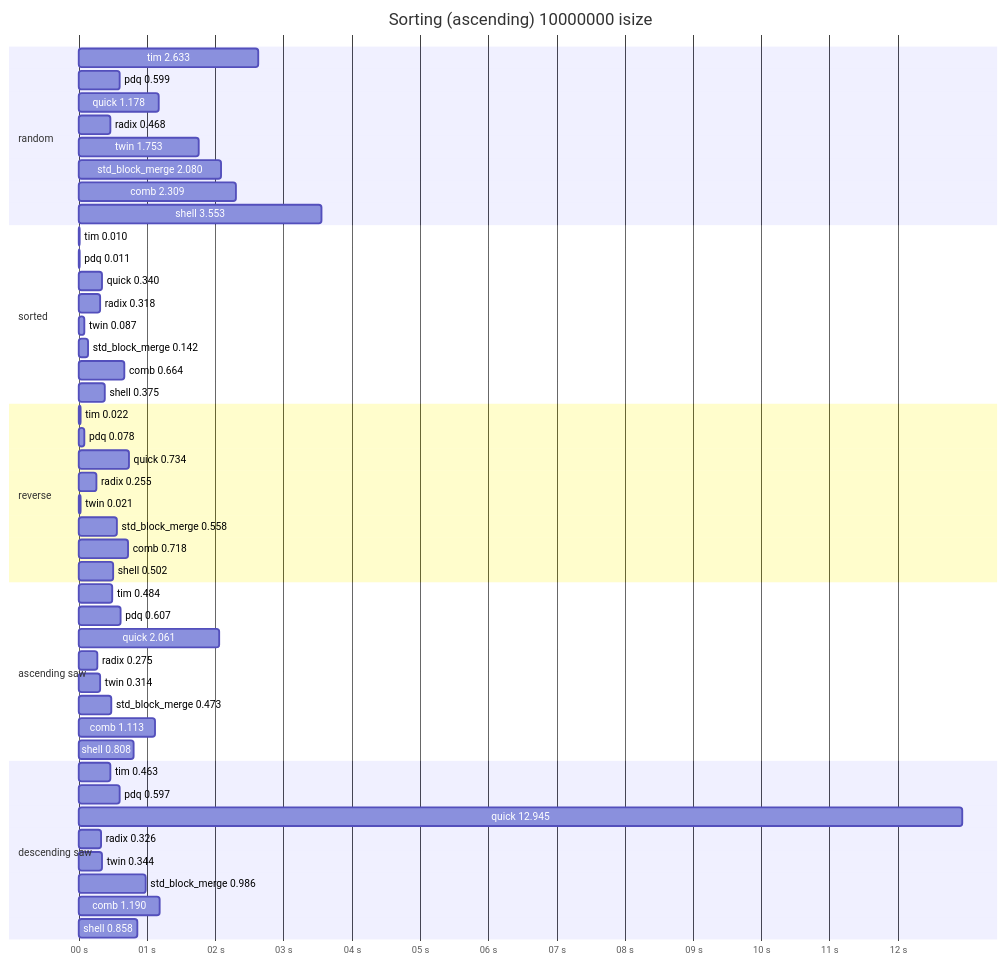
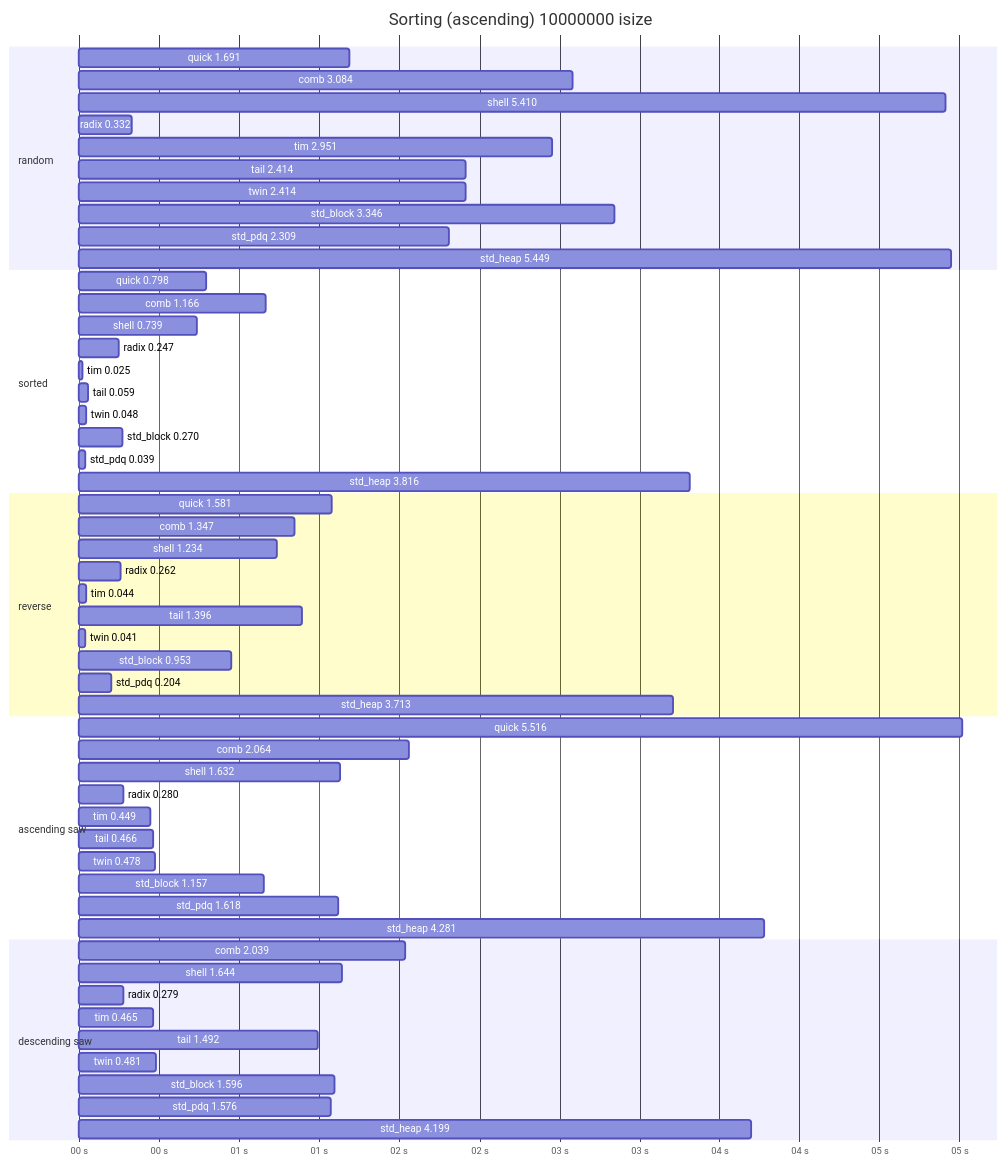
The second of 2 diagrams in README.md (alichraghi/zort), drawn with Mermaid before and after one commit. The commit also changed other lines of this file and 8 other files, not shown here.

Commit message:
drop pdq, heap and insertion in favor of stdlib impl

````diff
--- a/README.md
+++ b/README.md
@@ -99,51 +108,60 @@
 ```mermaid
 gantt
     title Sorting (ascending) 10000000 isize
     dateFormat x
     axisFormat %S s
     section random
-    tim 2.633: 0,2631
-    pdq 0.599: 0,599
-    quick 1.178: 0,1178
-    radix 0.468: 0,468
-    twin 1.753: 0,1753
-    std_block_merge 2.080: 0,2079
-    comb 2.309: 0,2309
-    shell 3.553: 0,3553
+    quick 1.691: 0,1691
+    comb 3.084: 0,3084
+    shell 5.410: 0,5413
+    radix 0.332: 0,332
+    tim 2.951: 0,2953
+    tail 2.414: 0,2414
+    twin 2.414: 0,2414
+    std_block 3.346: 0,3346
+    std_pdq 2.309: 0,2309
+    std_heap 5.449: 0,5447
     section sorted
-    tim 0.010: 0,10
-    pdq 0.011: 0,11
-    quick 0.340: 0,340
-    radix 0.318: 0,318
-    twin 0.087: 0,87
-    std_block_merge 0.142: 0,142
-    comb 0.664: 0,664
-    shell 0.375: 0,375
+    quick 0.798: 0,798
+    comb 1.166: 0,1166
+    shell 0.739: 0,739
+    radix 0.247: 0,247
+    tim 0.025: 0,25
+    tail 0.059: 0,59
+    twin 0.048: 0,48
+    std_block 0.270: 0,270
+    std_pdq 0.039: 0,39
+    std_heap 3.816: 0,3815
     section reverse
-    tim 0.022: 0,22
-    pdq 0.078: 0,78
-    quick 0.734: 0,734
-    radix 0.255: 0,255
-    twin 0.021: 0,21
-    std_block_merge 0.558: 0,558
-    comb 0.718: 0,718
-    shell 0.502: 0,502
+    quick 1.581: 0,1581
+    comb 1.347: 0,1347
+    shell 1.234: 0,1234
+    radix 0.262: 0,262
+    tim 0.044: 0,44
+    tail 1.396: 0,1396
+    twin 0.041: 0,41
+    std_block 0.953: 0,953
+    std_pdq 0.204: 0,204
+    std_heap 3.713: 0,3713
     section ascending saw
-    tim 0.484: 0,484
-    pdq 0.607: 0,607
-    quick 2.061: 0,2059
-    radix 0.275: 0,275
-    twin 0.314: 0,314
-    std_block_merge 0.473: 0,473
-    comb 1.113: 0,1113
-    shell 0.808: 0,808
+    quick 5.516: 0,5516
+    comb 2.064: 0,2064
+    shell 1.632: 0,1632
+    radix 0.280: 0,280
+    tim 0.449: 0,449
+    tail 0.466: 0,466
+    twin 0.478: 0,478
+    std_block 1.157: 0,1157
+    std_pdq 1.618: 0,1618
+    std_heap 4.281: 0,4279
     section descending saw
-    tim 0.463: 0,463
-    pdq 0.597: 0,597
-    quick 12.945: 0,12943
-    radix 0.326: 0,326
-    twin 0.344: 0,344
-    std_block_merge 0.986: 0,986
-    comb 1.190: 0,1190
-    shell 0.858: 0,858
+    comb 2.039: 0,2040
+    shell 1.644: 0,1644
+    radix 0.279: 0,279
+    tim 0.465: 0,465
+    tail 1.492: 0,1492
+    twin 0.481: 0,481
+    std_block 1.596: 0,1596
+    std_pdq 1.576: 0,1576
+    std_heap 4.199: 0,4199
 ```
````
